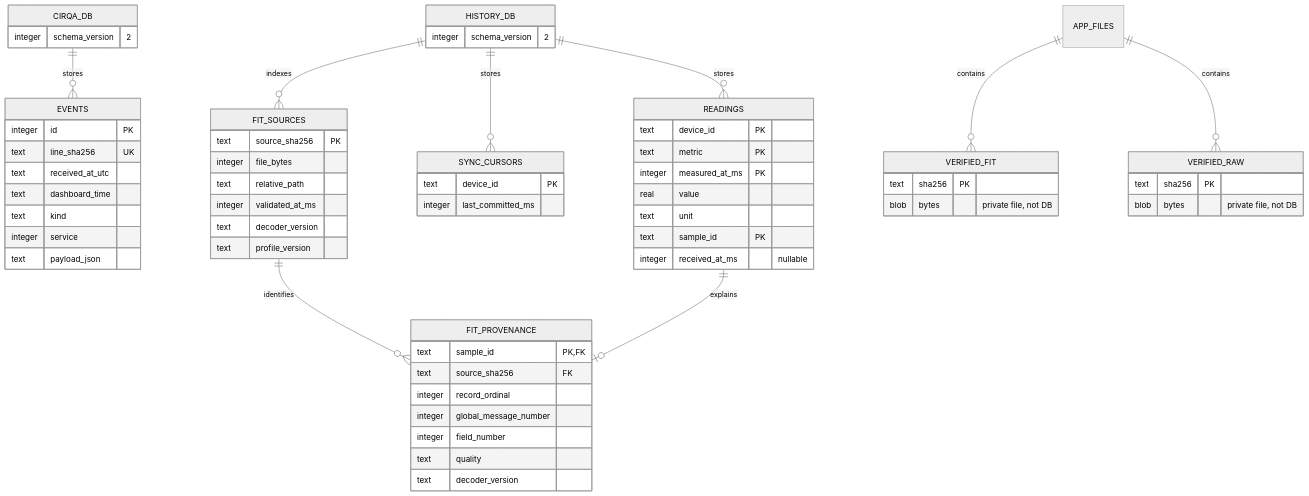
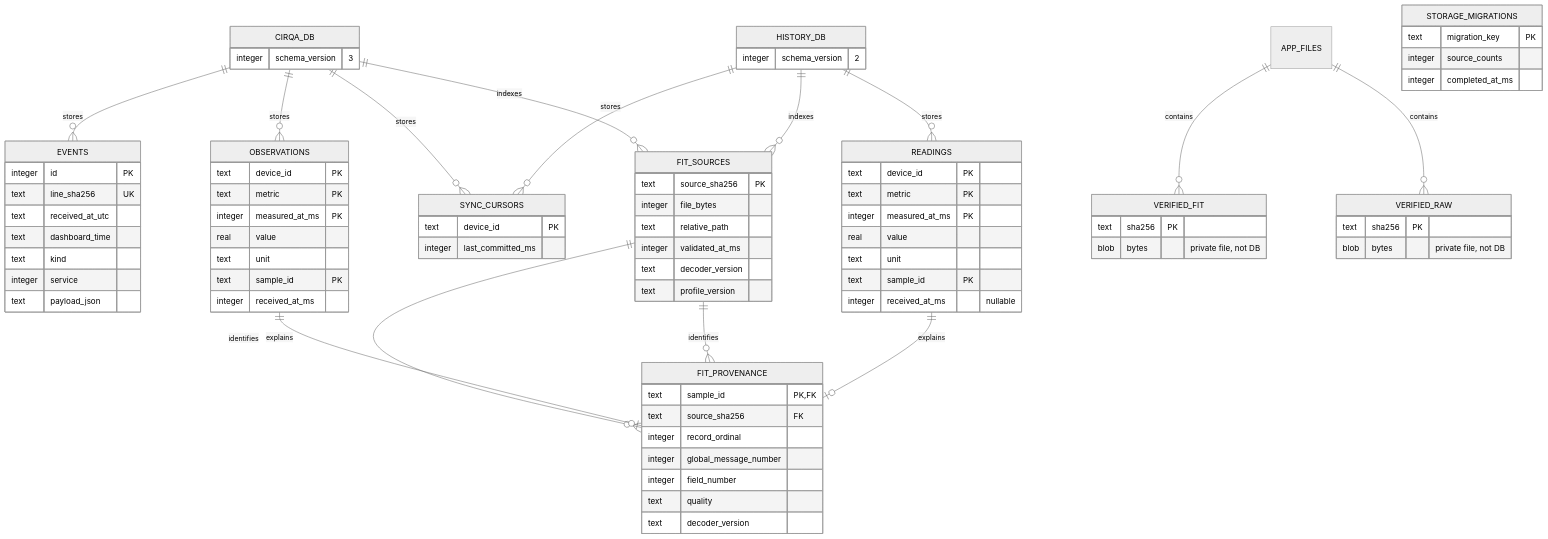
Before and after one commit to jochenkunkel/pulselibre: the first of 2 diagrams in docs/protocol/data-model/CIRQA_STORAGE_ARCHITECTURE_ADR_2026-11-18.md, drawn with Mermaid (neutral theme). The commit also changed other lines of this file and 5 other files, not shown here.

````diff
--- a/docs/protocol/data-model/CIRQA_STORAGE_ARCHITECTURE_ADR_2026-11-18.md
+++ b/docs/protocol/data-model/CIRQA_STORAGE_ARCHITECTURE_ADR_2026-11-18.md
@@ -29,6 +29,11 @@
 ```mermaid
 erDiagram
     CIRQA_DB ||--o{ EVENTS : stores
+    CIRQA_DB ||--o{ OBSERVATIONS : stores
+    CIRQA_DB ||--o{ SYNC_CURSORS : stores
+    CIRQA_DB ||--o{ FIT_SOURCES : indexes
+    FIT_SOURCES ||--o{ FIT_PROVENANCE : identifies
+    OBSERVATIONS ||--o| FIT_PROVENANCE : explains
     HISTORY_DB ||--o{ READINGS : stores
     HISTORY_DB ||--o{ SYNC_CURSORS : stores
     HISTORY_DB ||--o{ FIT_SOURCES : indexes
@@ -38,7 +43,7 @@
     APP_FILES ||--o{ VERIFIED_RAW : contains
 
     CIRQA_DB {
-      integer schema_version "2"
+      integer schema_version "3"
     }
     EVENTS {
       integer id PK
@@ -48,6 +53,20 @@
       text kind
       integer service
       text payload_json
+    }
+    STORAGE_MIGRATIONS {
+      text migration_key PK
+      integer source_counts
+      integer completed_at_ms
+    }
+    OBSERVATIONS {
+      text device_id PK
+      text metric PK
+      integer measured_at_ms PK
+      real value
+      text unit
+      text sample_id PK
+      integer received_at_ms
     }
     HISTORY_DB {
       integer schema_version "2"
````
